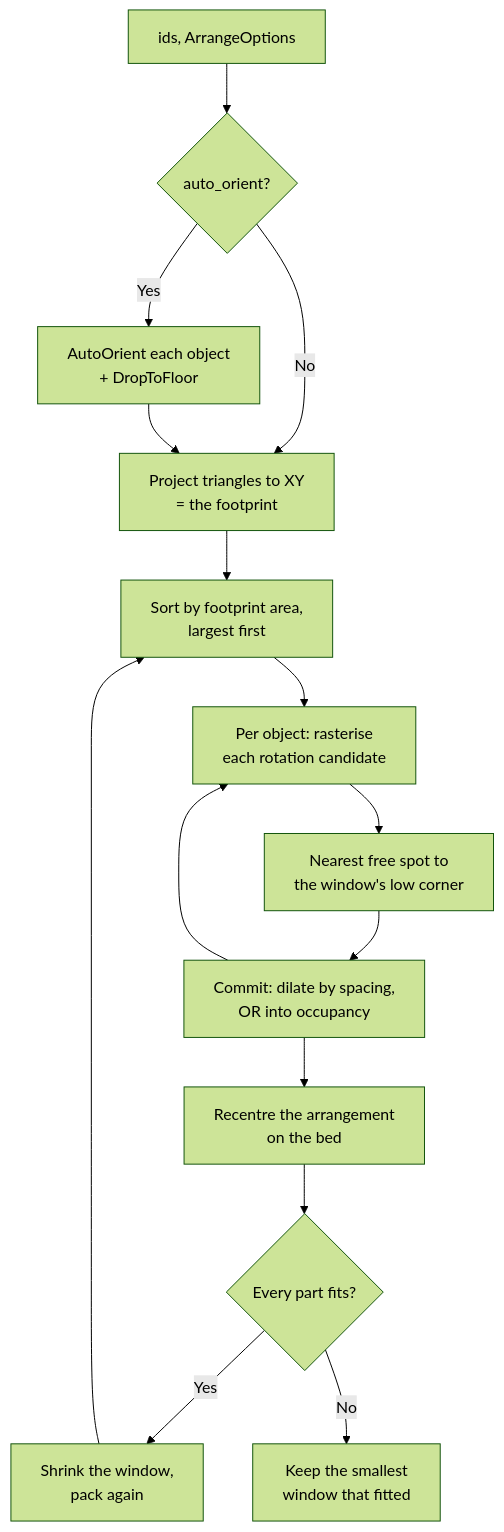
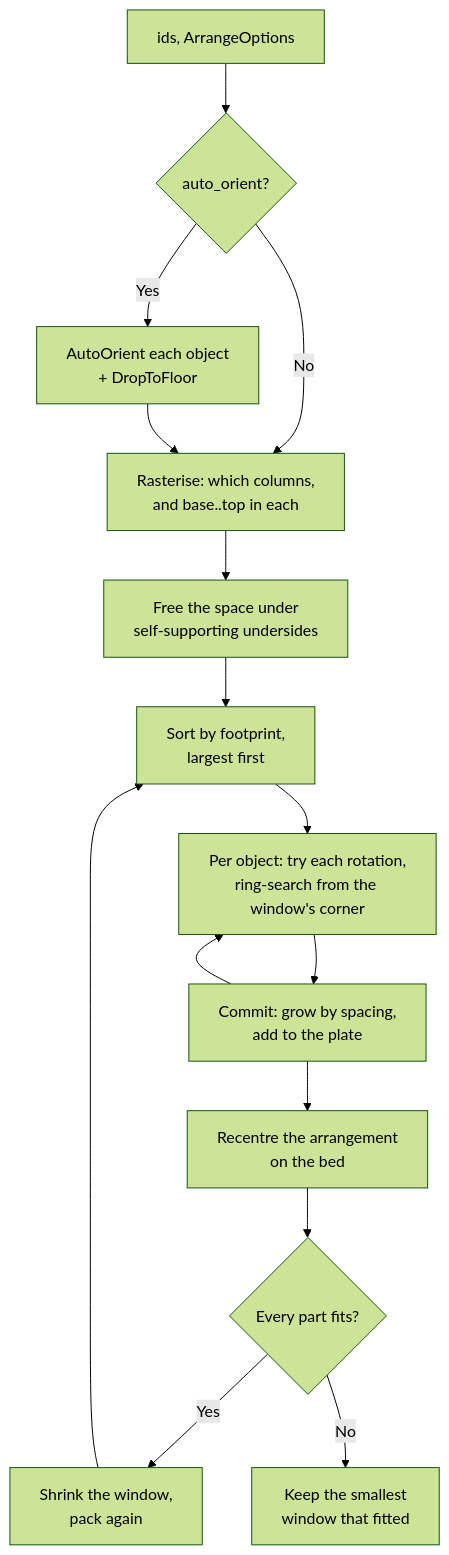
One commit to ColdCrabby/slicer changed the second of 2 diagrams in src/orient/README.md. Above: the diagram before and after it, drawn with Mermaid (forest theme). The commit also changed other lines of this file and 12 other files, not shown here.

````diff
--- a/src/orient/README.md
+++ b/src/orient/README.md
@@ -196,17 +200,17 @@
 ```mermaid
 flowchart TD
   A["ids, ArrangeOptions"] --> B{"auto_orient?"}
   B -- "Yes" --> C["AutoOrient each object<br/>+ DropToFloor"]
   B -- "No" --> D
-  C --> D["Project triangles to XY<br/>= the footprint"]
-  D --> E["Sort by footprint area,<br/>largest first"]
-  E --> F["Per object: rasterise<br/>each rotation candidate"]
-  F --> G["Nearest free spot to<br/>the window's low corner"]
-  G --> H["Commit: dilate by spacing,<br/>OR into occupancy"]
-  H --> F
+  C --> D["Rasterise: which columns,<br/>and base..top in each"]
+  D --> E["Free the space under<br/>self-supporting undersides"]
+  E --> F["Sort by footprint,<br/>largest first"]
+  F --> G["Per object: try each rotation,<br/>ring-search from the window's corner"]
+  G --> H["Commit: grow by spacing,<br/>add to the plate"]
+  H --> G
   H --> I["Recentre the arrangement<br/>on the bed"]
   I --> J{"Every part fits?"}
   J -- "Yes" --> K["Shrink the window,<br/>pack again"]
-  K --> E
+  K --> F
   J -- "No" --> L["Keep the smallest<br/>window that fitted"]
 ```
````
